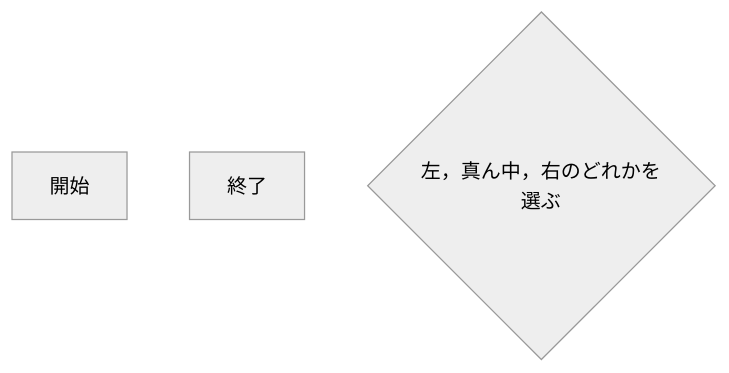
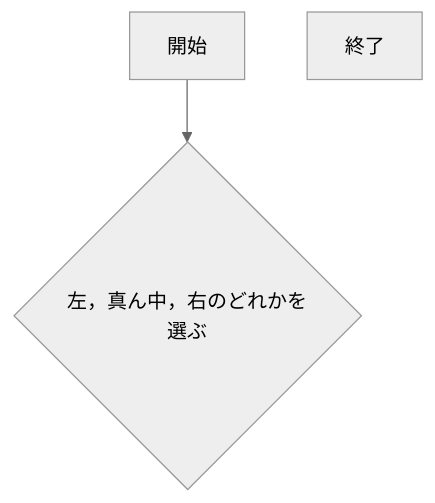
The ninth of 9 diagrams in README.md (km919/webpro_06), drawn with Mermaid (neutral theme) before and after one commit.

Commit message:
11/18の14:04に編集済

````diff
--- a/README.md
+++ b/README.md
@@ -328,6 +328,8 @@
 ```mermaid
 flowchart TD;
 start["開始"];
 end1["終了"]
 if{"左，真ん中，右のどれかを選ぶ"}
+start --> if
+
 ```
````
